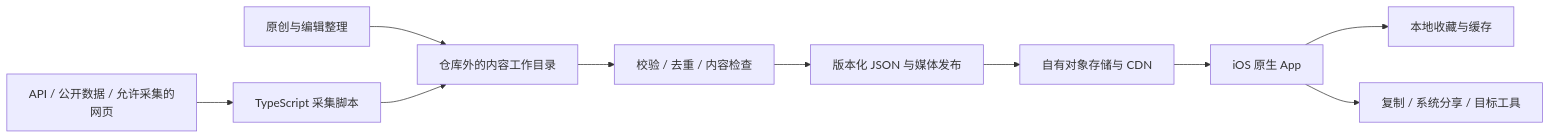
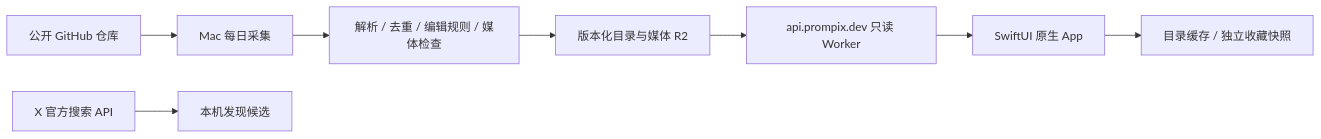
One commit to p697/prompix changed the diagram in docs/tech-plan.md. Above: the diagram before and after it, drawn with Mermaid. The commit also changed other lines of this file and 41 other files, not shown here.

````diff
--- a/docs/tech-plan.md
+++ b/docs/tech-plan.md
@@ -14,12 +7,10 @@
 ```mermaid
 flowchart LR
-  SOURCE[API / 公开数据 / 允许采集的网页] --> INGEST[TypeScript 采集脚本]
-  ORIGINAL[原创与编辑整理] --> DRAFT[仓库外的内容工作目录]
-  INGEST --> DRAFT
-  DRAFT --> CHECK[校验 / 去重 / 内容检查]
-  CHECK --> RELEASE[版本化 JSON 与媒体发布]
-  RELEASE --> CDN[自有对象存储与 CDN]
-  CDN --> IOS[iOS 原生 App]
-  IOS --> LOCAL[本地收藏与缓存]
-  IOS --> TOOLS[复制 / 系统分享 / 目标工具]
+  GH[公开 GitHub 仓库] --> MAC[Mac 每日采集]
+  X[X 官方搜索 API] --> DRAFT[本机发现候选]
+  MAC --> CHECK[解析 / 去重 / 编辑规则 / 媒体检查]
+  CHECK --> R2[版本化目录与媒体 R2]
+  R2 --> API[api.prompix.dev 只读 Worker]
+  API --> IOS[SwiftUI 原生 App]
+  IOS --> CACHE[目录缓存 / 独立收藏快照]
 ```
````
